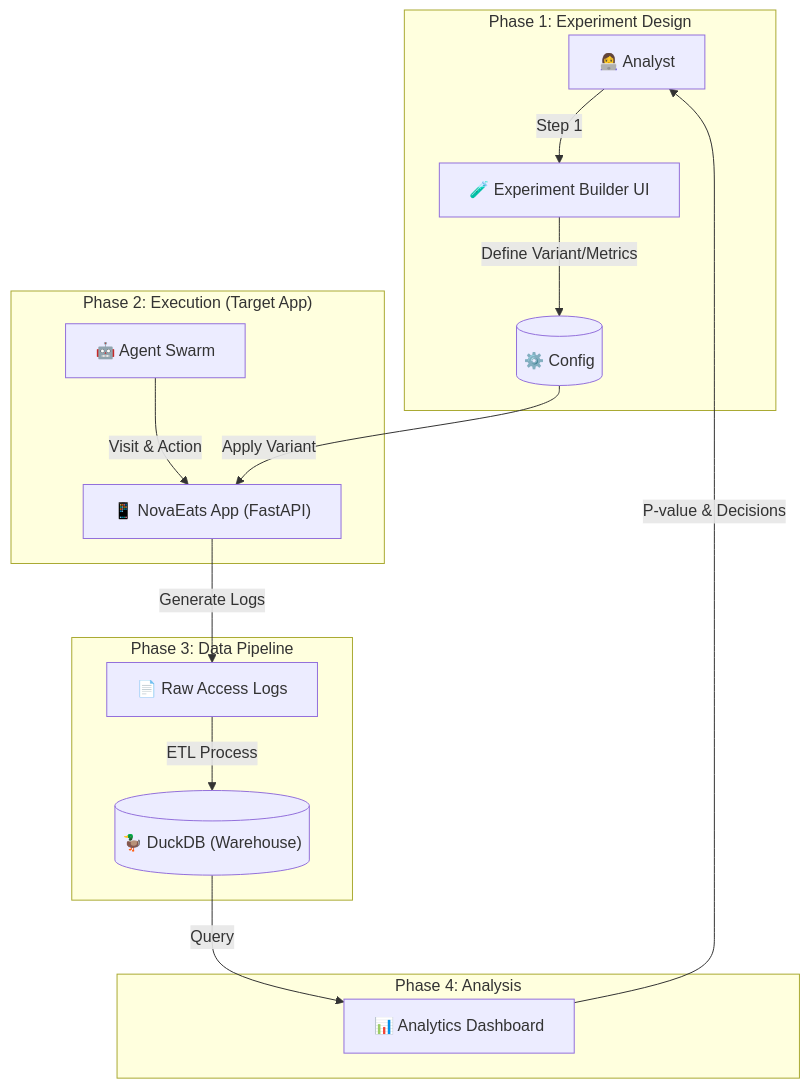
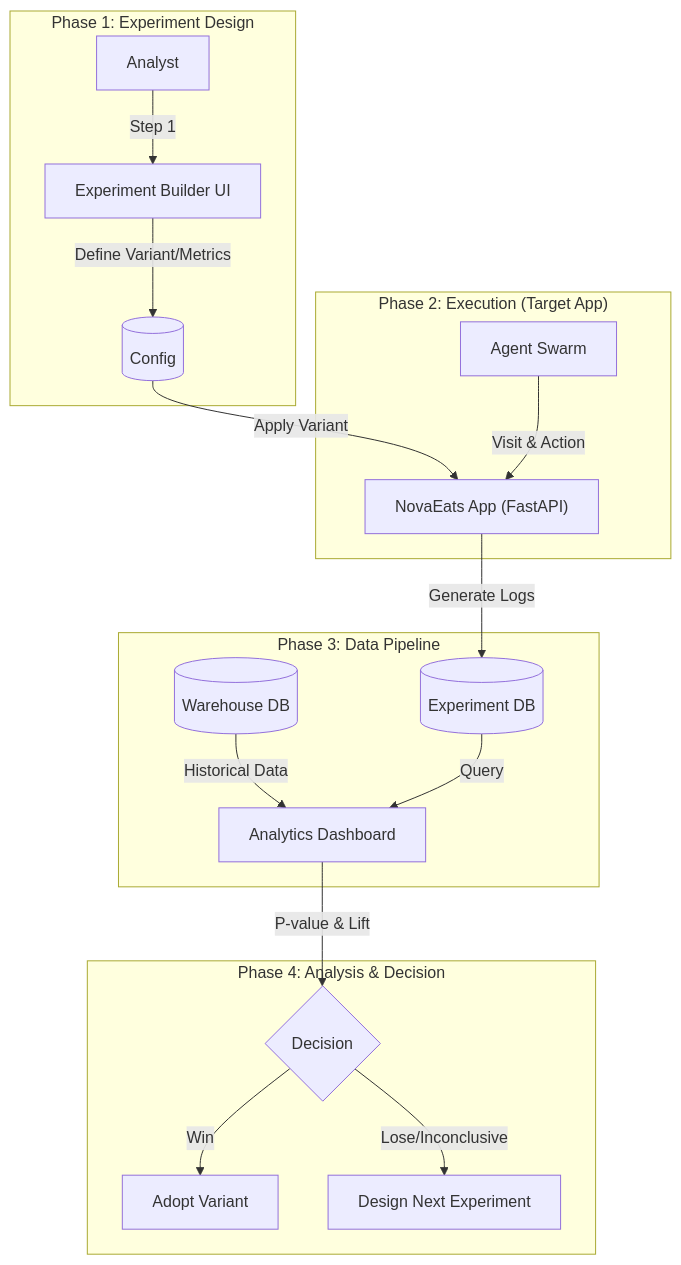
The diagram in README.md (1916571-alt/NovaRium-MVP), drawn with Mermaid before and after one commit. The commit also changed other lines of this file and 2 other files, not shown here.

First line of the commit message:
docs: Update README, PRD, and Ideation with Split DB architecture

````diff
--- a/README.md
+++ b/README.md
@@ -51,22 +61,24 @@
 ```mermaid
 graph TD
     subgraph "Phase 1: Experiment Design"
-        Analyst["👩‍💻 Analyst"] -->|Step 1| ExpBuilder["🧪 Experiment Builder UI"]
-        ExpBuilder -->|Define Variant/Metrics| ConfigDB[("⚙️ Config")]
+        Analyst["Analyst"] -->|Step 1| ExpBuilder["Experiment Builder UI"]
+        ExpBuilder -->|Define Variant/Metrics| ConfigDB[("Config")]
     end
 
     subgraph "Phase 2: Execution (Target App)"
-        ConfigDB -->|Apply Variant| TargetApp["📱 NovaEats App (FastAPI)"]
-        Simulator["🤖 Agent Swarm"] -->|Visit & Action| TargetApp
+        ConfigDB -->|Apply Variant| TargetApp["NovaEats App (FastAPI)"]
+        Simulator["Agent Swarm"] -->|Visit & Action| TargetApp
     end
 
     subgraph "Phase 3: Data Pipeline"
-        TargetApp -->|Generate Logs| RawLogs["📄 Raw Access Logs"]
-        RawLogs -->|ETL Process| DuckDB[("🦆 DuckDB (Warehouse)")]
+        TargetApp -->|Generate Logs| ExperimentDB[("Experiment DB")]
+        WarehouseDB[("Warehouse DB")] -->|Historical Data| Dashboard
     end
 
-    subgraph "Phase 4: Analysis"
-        DuckDB -->|Query| Dashboard["📊 Analytics Dashboard"]
-        Dashboard -->|P-value & Decisions| Analyst
+    subgraph "Phase 4: Analysis & Decision"
+        ExperimentDB -->|Query| Dashboard["Analytics Dashboard"]
+        Dashboard -->|P-value & Lift| Decision{"Decision"}
+        Decision -->|Win| Adoption["Adopt Variant"]
+        Decision -->|Lose/Inconclusive| NextExp["Design Next Experiment"]
     end
 ```
````
